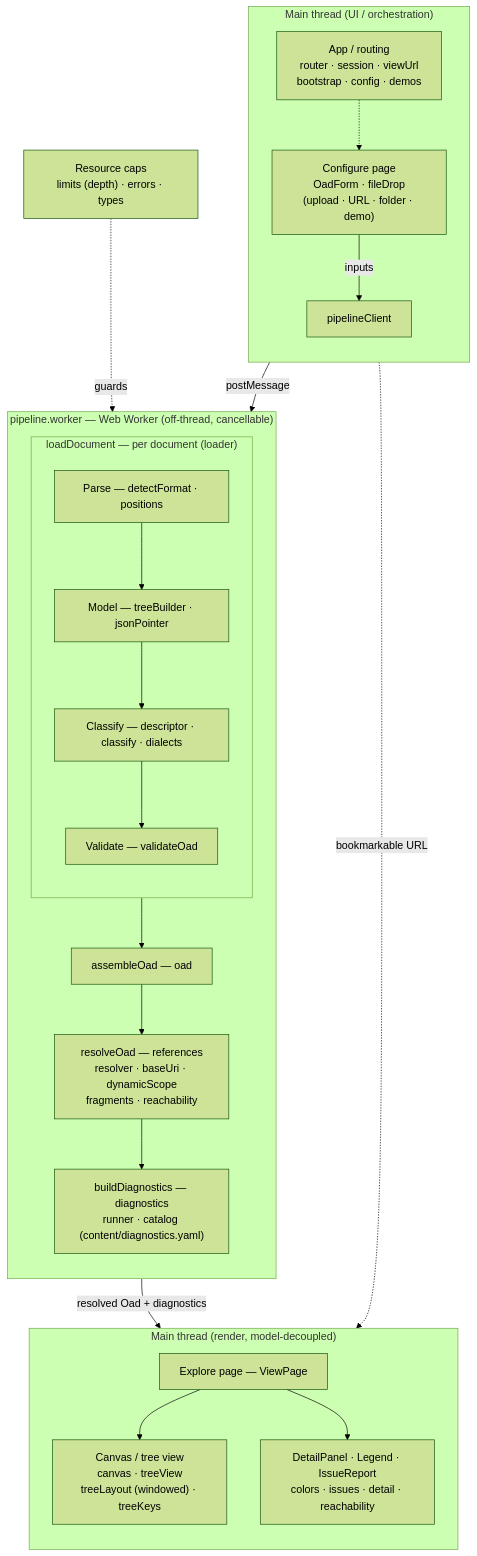
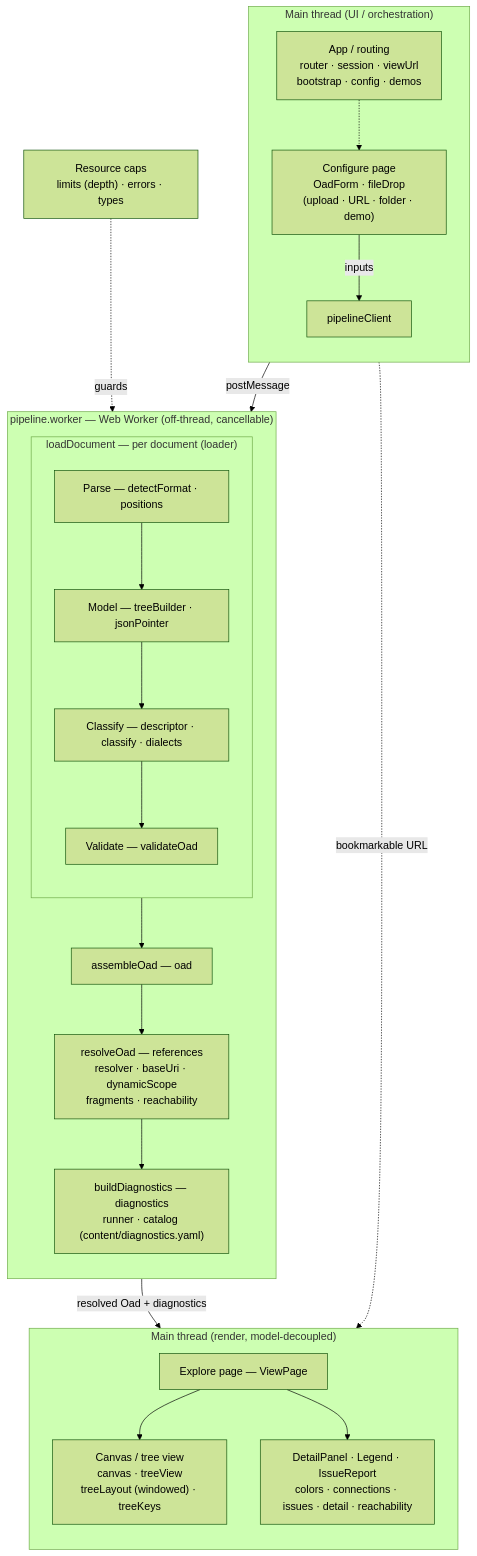
One commit to handrews/oas-tree-viewer changed the diagram in CONTRIBUTING.md. Above: the diagram before and after it, drawn with Mermaid (forest theme).

Commit message:
docs: surface the connections module in the architecture diagram
Add `connections` to the panels render node's module list, beside its closest
sibling `colors`, matching the new Connections module-table row. Label-only — no
node or edge changes — since connection styling is a cross-cutting render-layer
style source, not a pipeline stage.

````diff
--- a/CONTRIBUTING.md
+++ b/CONTRIBUTING.md
@@ -52,43 +52,43 @@
 ```mermaid
 flowchart TD
     subgraph mainIn["Main thread (UI / orchestration)"]
         direction TB
         cfg["Configure page<br/>OadForm · fileDrop<br/>(upload · URL · folder · demo)"]
         client["pipelineClient"]
         routing["App / routing<br/>router · session · viewUrl<br/>bootstrap · config · demos"]
     end
 
     subgraph wk["pipeline.worker — Web Worker (off-thread, cancellable)"]
         direction TB
         subgraph load["loadDocument — per document (loader)"]
             direction TB
             parse["Parse — detectFormat · positions"]
             model["Model — treeBuilder · jsonPointer"]
             classify["Classify — descriptor · classify · dialects"]
             validate["Validate — validateOad"]
             parse --> model --> classify --> validate
         end
         assemble["assembleOad — oad"]
         refs["resolveOad — references<br/>resolver · baseUri · dynamicScope<br/>fragments · reachability"]
         diag["buildDiagnostics — diagnostics<br/>runner · catalog (content/diagnostics.yaml)"]
         load --> assemble --> refs --> diag
     end
 
     subgraph mainOut["Main thread (render, model-decoupled)"]
         direction TB
         view["Explore page — ViewPage"]
         canvas["Canvas / tree view<br/>canvas · treeView<br/>treeLayout (windowed) · treeKeys"]
-        panels["DetailPanel · Legend · IssueReport<br/>colors · issues · detail · reachability"]
+        panels["DetailPanel · Legend · IssueReport<br/>colors · connections · issues · detail · reachability"]
         view --> canvas
         view --> panels
     end
 
     limits["Resource caps<br/>limits (depth) · errors · types"]
 
     cfg -->|inputs| client
     client -->|postMessage| load
     diag -->|resolved Oad + diagnostics| view
     routing -. bookmarkable URL .-> view
     routing -.-> cfg
     limits -. guards .-> load
 ```
````
